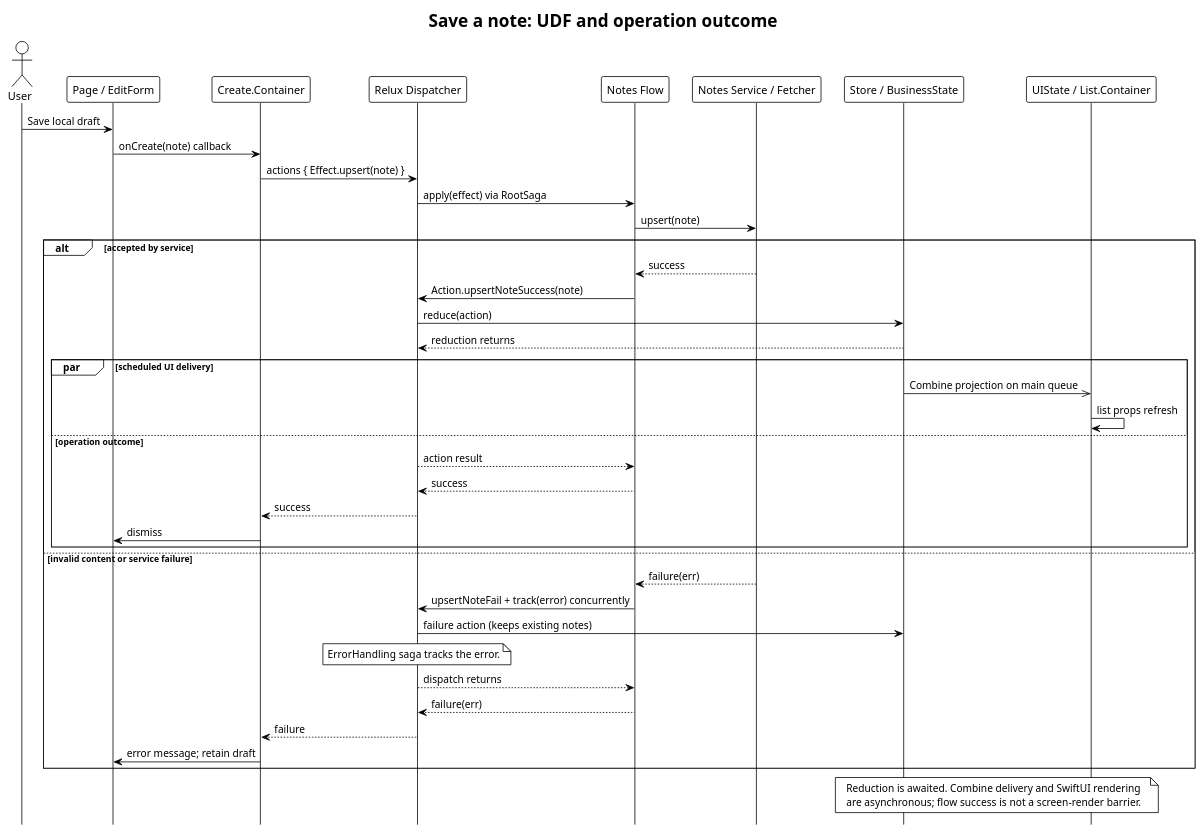
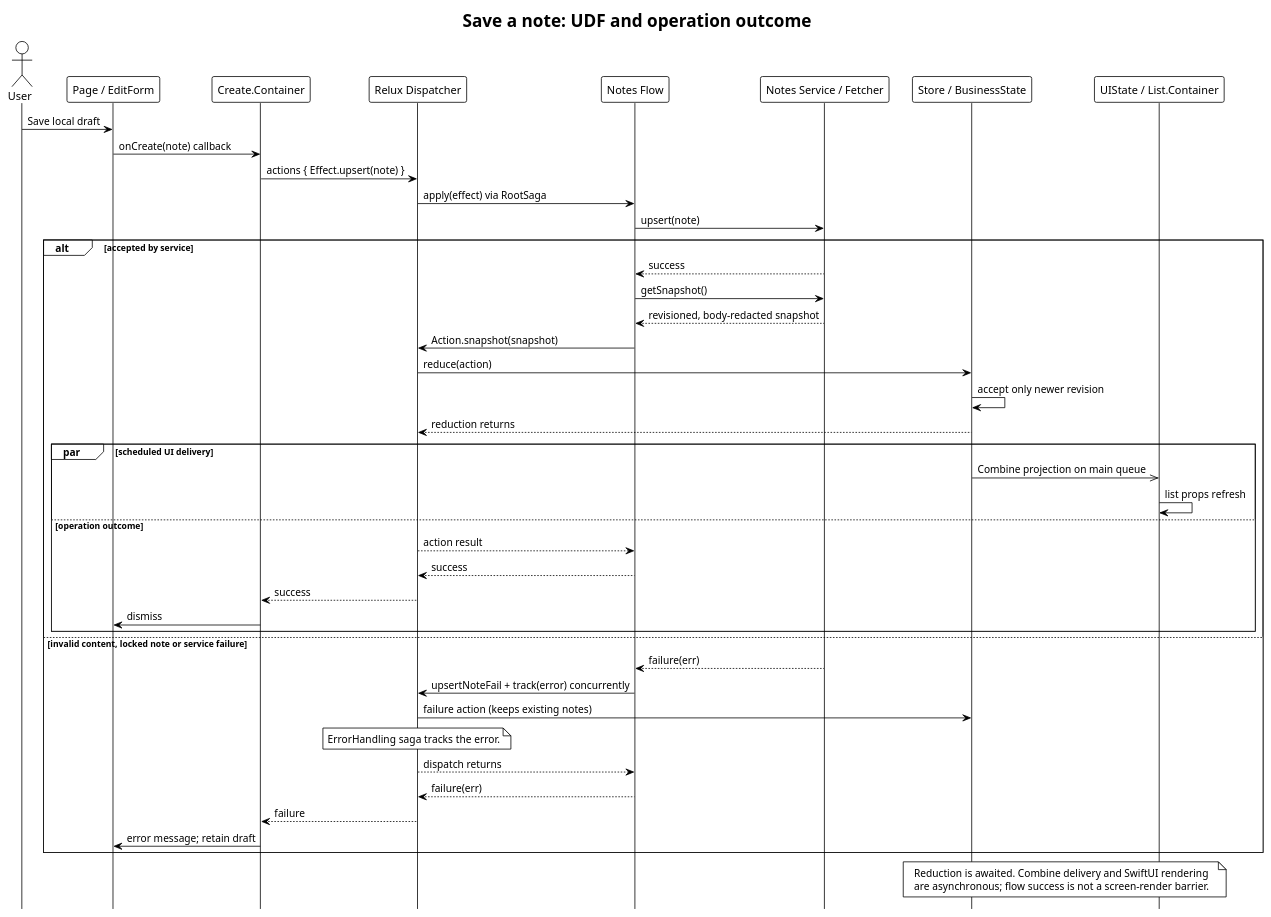
One commit to relux-works/relux-sample changed the diagram in diagrams/plantuml/sequence/notes-upsert.puml. Above: the diagram before and after it, drawn with PlantUML. The commit also changed 99 other files, not shown here.

```diff
--- a/diagrams/plantuml/sequence/notes-upsert.puml
+++ b/diagrams/plantuml/sequence/notes-upsert.puml
@@ -1,46 +1,49 @@
 @startuml
 !theme plain
 hide footbox
 title Save a note: UDF and operation outcome
 actor User
 participant "Page / EditForm" as Page
 participant "Create.Container" as C
 participant "Relux Dispatcher" as D
 participant "Notes Flow" as F
 participant "Notes Service / Fetcher" as S
 participant "Store / BusinessState" as B
 participant "UIState / List.Container" as U
 User -> Page : Save local draft
 Page -> C : onCreate(note) callback
 C -> D : actions { Effect.upsert(note) }
 D -> F : apply(effect) via RootSaga
 F -> S : upsert(note)
 alt accepted by service
  S --> F : success
- F -> D : Action.upsertNoteSuccess(note)
+ F -> S : getSnapshot()
+ S --> F : revisioned, body-redacted snapshot
+ F -> D : Action.snapshot(snapshot)
  D -> B : reduce(action)
+ B -> B : accept only newer revision
  B --> D : reduction returns
  par scheduled UI delivery
   B ->> U : Combine projection on main queue
   U -> U : list props refresh
  else operation outcome
   D --> F : action result
   F --> D : success
   D --> C : success
   C -> Page : dismiss
  end
-else invalid content or service failure
+else invalid content, locked note or service failure
  S --> F : failure(err)
  F -> D : upsertNoteFail + track(error) concurrently
  D -> B : failure action (keeps existing notes)
  note over D : ErrorHandling saga tracks the error.
  D --> F : dispatch returns
  F --> D : failure(err)
  D --> C : failure
  C -> Page : error message; retain draft
 end
 note over B,U
 Reduction is awaited. Combine delivery and SwiftUI rendering
 are asynchronous; flow success is not a screen-render barrier.
 end note
 @enduml
```
